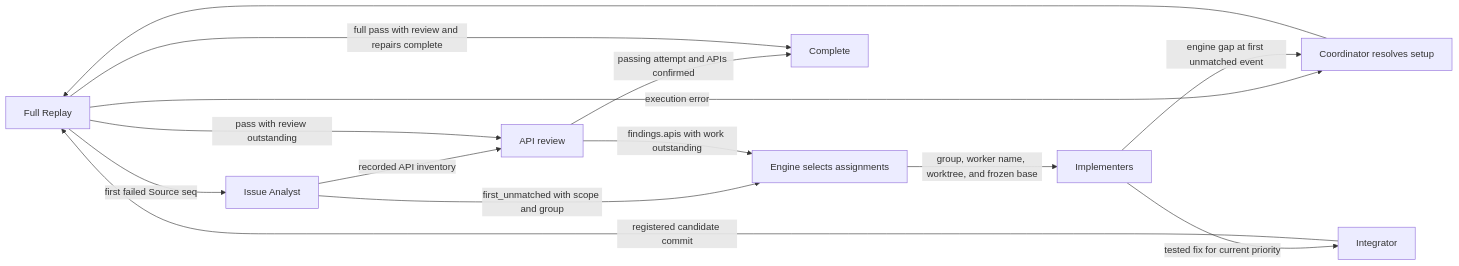
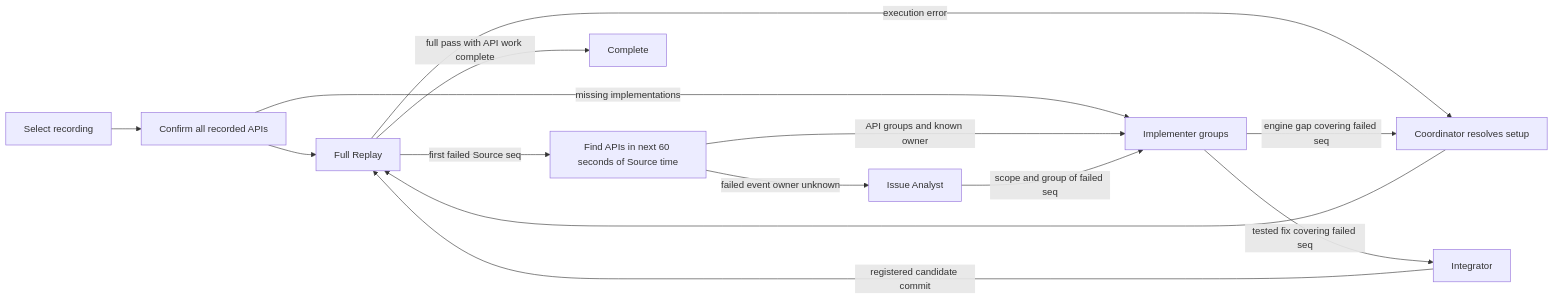
Before and after one commit to we-b0ts/be-engine: the diagram in docs/session-regression.md, drawn with Mermaid. The commit also changed other lines of this file and 27 other files, not shown here.

First line of the commit message:
feat(replay): dispatch API groups in parallel

````diff
--- a/docs/session-regression.md
+++ b/docs/session-regression.md
@@ -149,16 +150,16 @@
 ```mermaid
 flowchart LR
-    replay[Full Replay] -->|first failed Source seq| analysis[Issue Analyst]
+    select[Select recording] --> review[Confirm all recorded APIs]
+    review --> replay[Full Replay]
+    review -->|missing implementations| work[Implementer groups]
+    replay -->|first failed Source seq| window[Find APIs in next 60 seconds of Source time]
+    window -->|API groups and known owner| work
+    window -->|failed event owner unknown| analysis[Issue Analyst]
+    analysis -->|scope and group of failed seq| work
     replay -->|execution error| setup[Coordinator resolves setup]
     setup --> replay
-    analysis -->|first_unmatched with scope and group| plan[Engine selects assignments]
-    analysis -->|recorded API inventory| review[API review]
-    replay -->|pass with review outstanding| review
-    review -->|findings.apis with work outstanding| plan
-    review -->|passing attempt and APIs confirmed| complete[Complete]
-    plan -->|group, worker name, worktree, and frozen base| work[Implementers]
-    work -->|engine gap at first unmatched event| setup
-    work -->|tested fix for current priority| integration[Integrator]
+    work -->|engine gap covering failed seq| setup
+    work -->|tested fix covering failed seq| integration[Integrator]
     integration -->|registered candidate commit| replay
-    replay -->|full pass with review and repairs complete| complete
+    replay -->|full pass with API work complete| complete[Complete]
 ```
````
